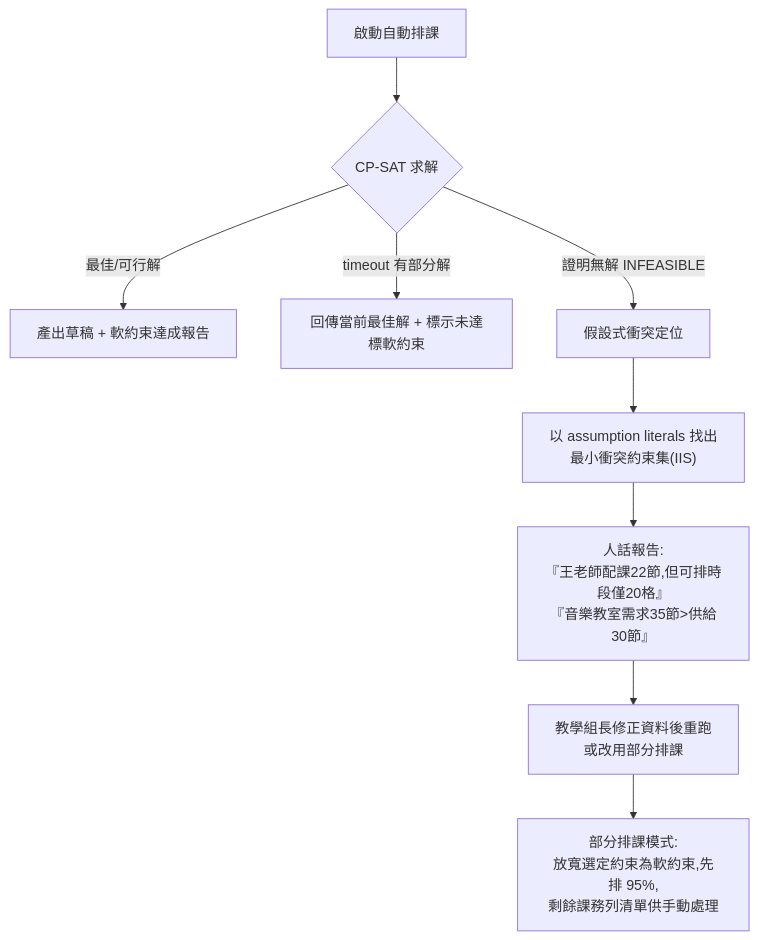
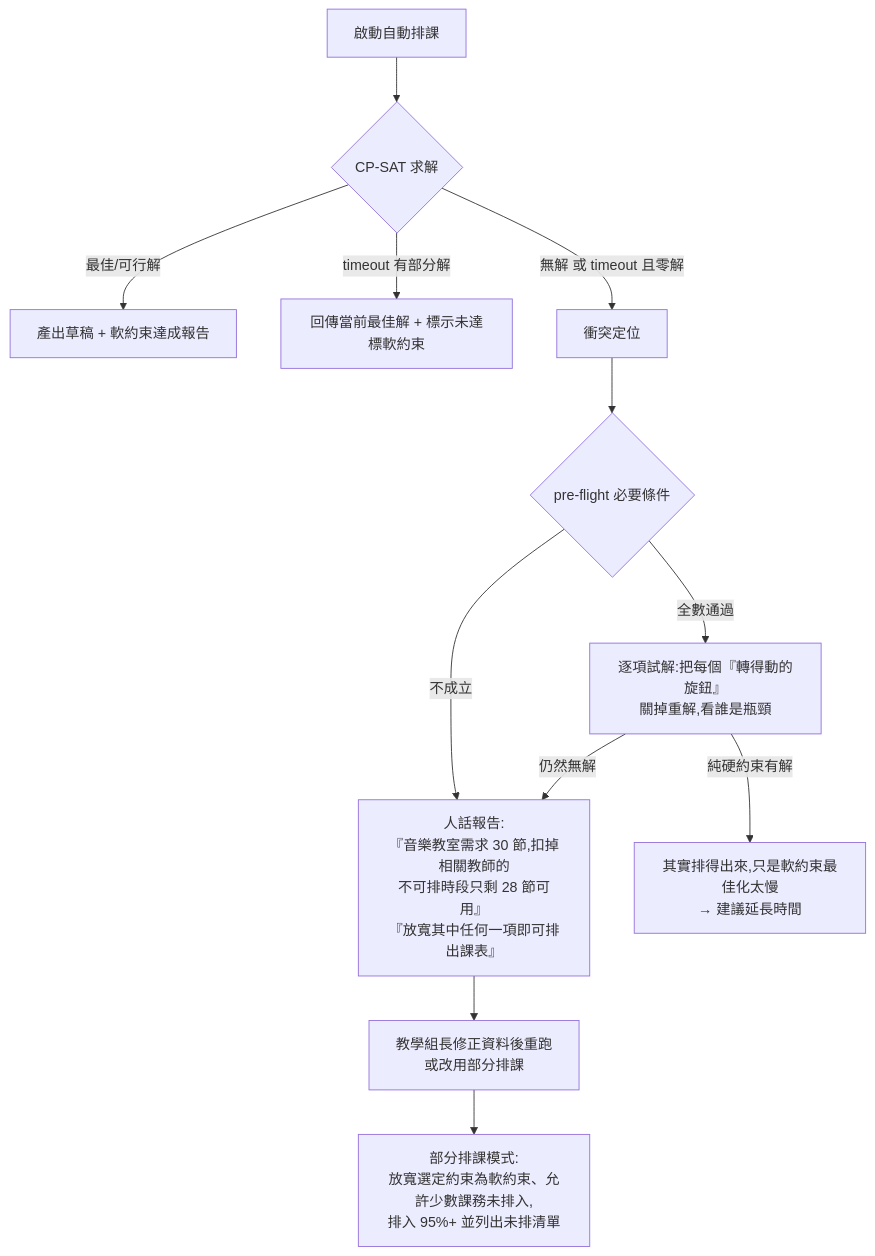
The second of 4 diagrams in docs/architecture.md (begin0808/Course_Scheduling_System), drawn with Mermaid before and after one commit. The commit also changed other lines of this file and 16 other files, not shown here.

````diff
--- a/docs/architecture.md
+++ b/docs/architecture.md
@@ -290,11 +290,14 @@
 ```mermaid
 flowchart TD
     A[啟動自動排課] --> B{CP-SAT 求解}
     B -->|最佳/可行解| C[產出草稿 + 軟約束達成報告]
     B -->|timeout 有部分解| D[回傳當前最佳解 + 標示未達標軟約束]
-    B -->|證明無解 INFEASIBLE| E[假設式衝突定位]
-    E --> F["以 assumption literals 找出<br/>最小衝突約束集(IIS)"]
-    F --> G["人話報告:<br/>『王老師配課22節,但可排時段僅20格』<br/>『音樂教室需求35節>供給30節』"]
+    B -->|無解 或 timeout 且零解| E[衝突定位]
+    E --> P{pre-flight 必要條件}
+    P -->|不成立| G
+    P -->|全數通過| F["逐項試解:把每個『轉得動的旋鈕』<br/>關掉重解,看誰是瓶頸"]
+    F -->|純硬約束有解| J["其實排得出來,只是軟約束最佳化太慢<br/>→ 建議延長時間"]
+    F -->|仍然無解| G["人話報告:<br/>『音樂教室需求 30 節,扣掉相關教師的<br/>不可排時段只剩 28 節可用』<br/>『放寬其中任何一項即可排出課表』"]
     G --> H[教學組長修正資料後重跑<br/>或改用部分排課]
-    H --> I["部分排課模式:<br/>放寬選定約束為軟約束,先排 95%,<br/>剩餘課務列清單供手動處理"]
+    H --> I["部分排課模式:<br/>放寬選定約束為軟約束、允許少數課務未排入,<br/>排入 95%+ 並列出未排清單"]
 ```
````
